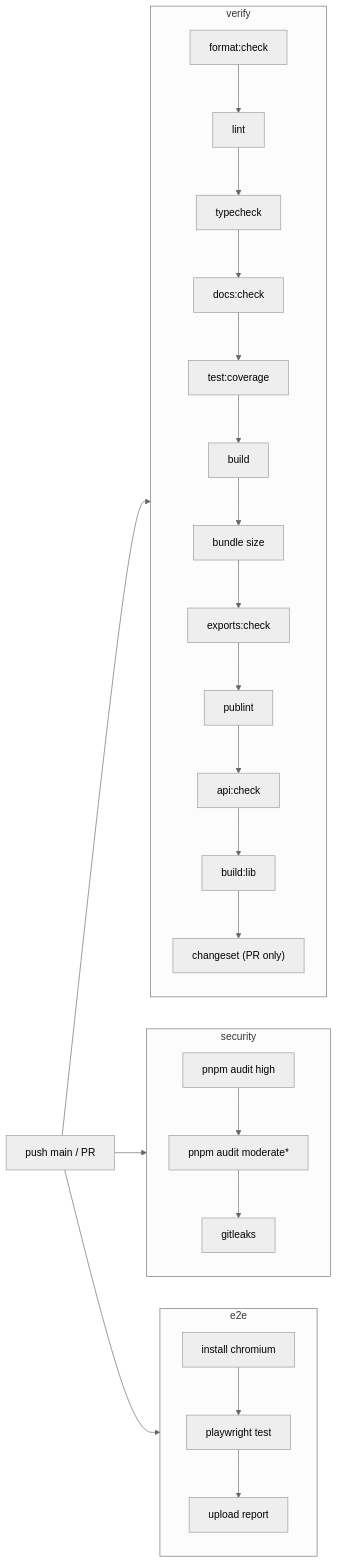
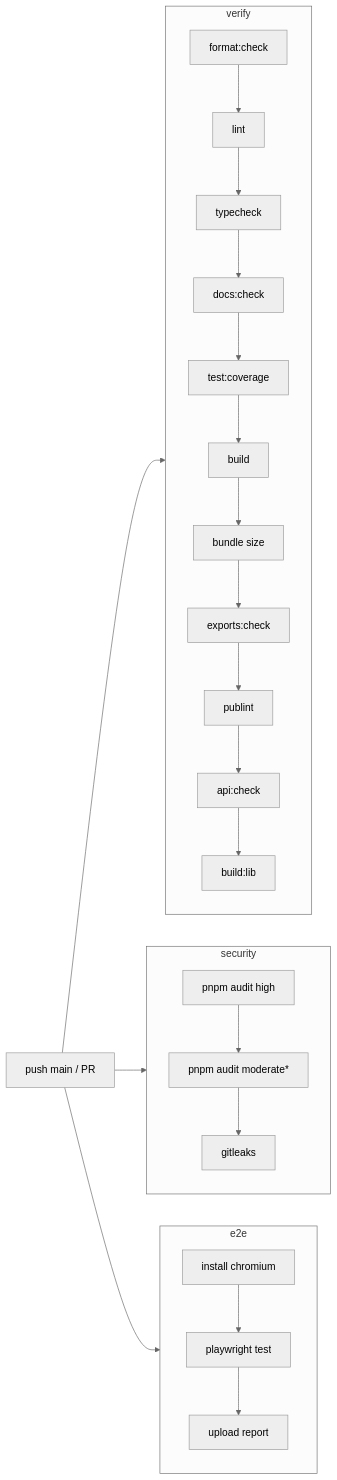
One commit to imsaroj/automatic-octo-fiesta changed the fourth of 12 diagrams in ARCHITECTURE.md. Above: the diagram before and after it, drawn with Mermaid (neutral theme). The commit also changed other lines of this file and 251 other files, not shown here.

````diff
--- a/ARCHITECTURE.md
+++ b/ARCHITECTURE.md
@@ -473,16 +473,16 @@
 ```mermaid
 flowchart LR
   trigger["push main / PR"] --> verify & security & e2e
   subgraph verify["verify"]
     v1[format:check] --> v2[lint] --> v3[typecheck] --> v4[docs:check]
     v4 --> v5[test:coverage] --> v6[build] --> v7[bundle size]
     v7 --> v8[exports:check] --> v9[publint] --> v10[api:check]
-    v10 --> v11[build:lib] --> v12["changeset (PR only)"]
+    v10 --> v11[build:lib]
   end
   subgraph security["security"]
     s1[pnpm audit high] --> s2[pnpm audit moderate*] --> s3[gitleaks]
   end
   subgraph e2e["e2e"]
     e1[install chromium] --> e2[playwright test] --> e3[upload report]
   end
 ```
````
